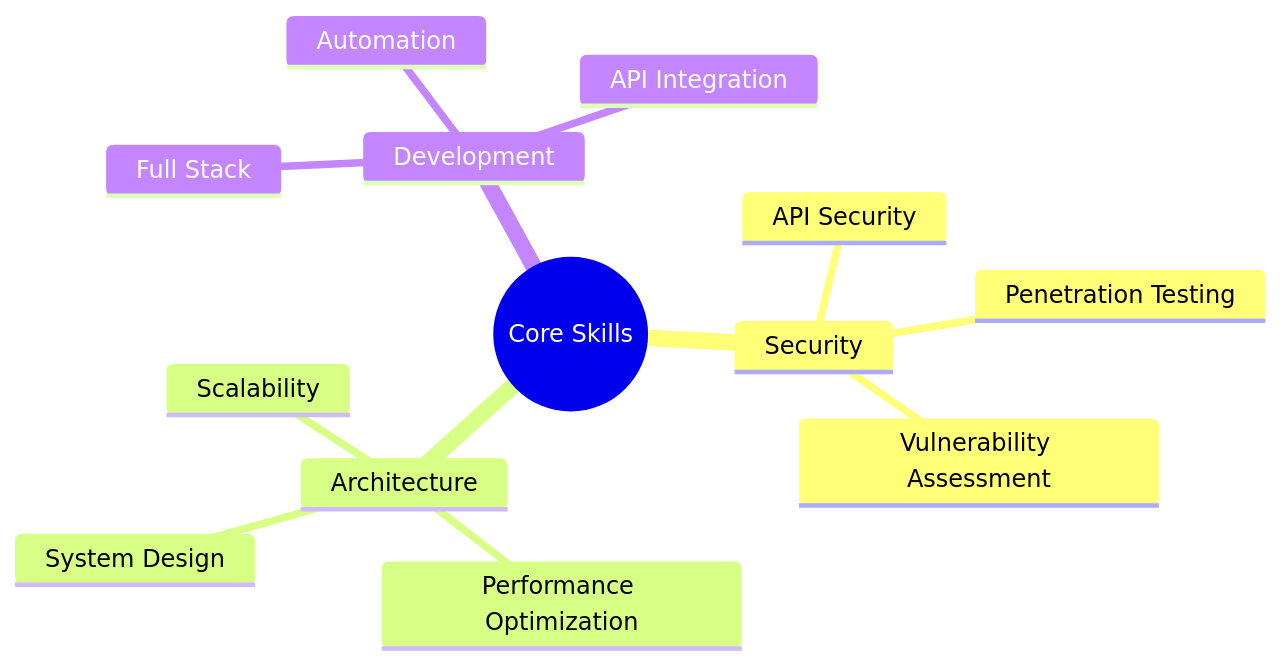
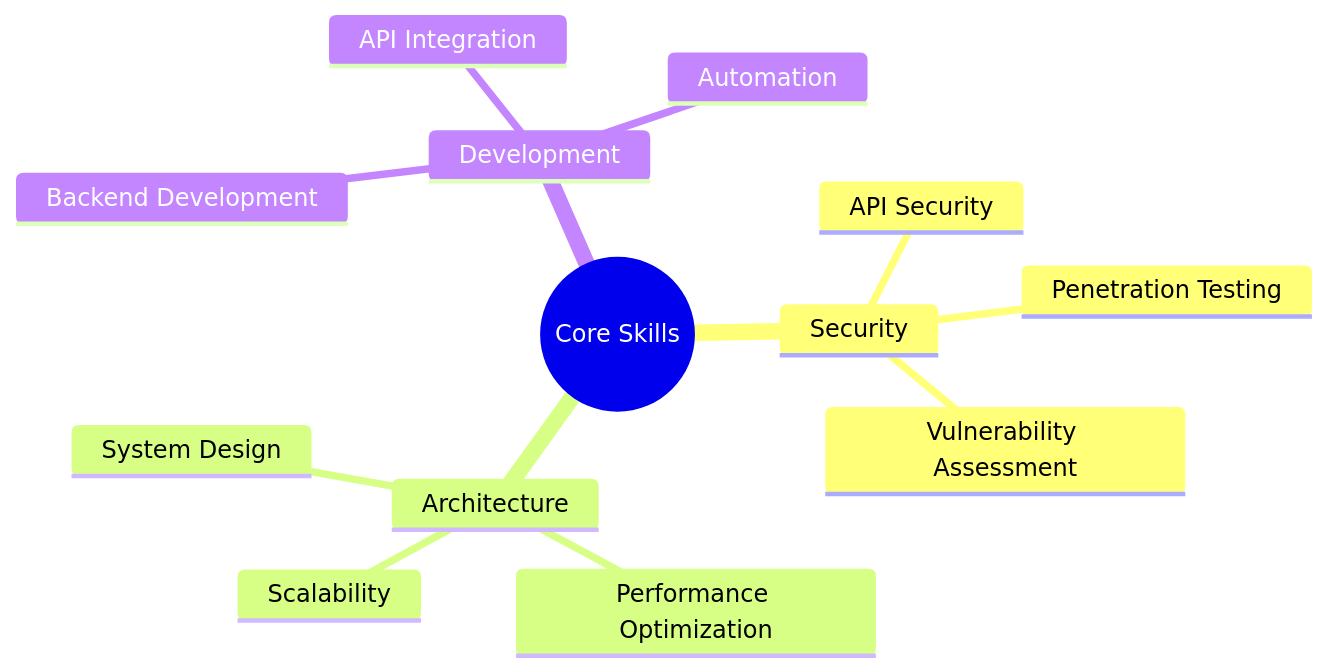
One commit to vibheksoni/vibheksoni changed the diagram in README.md. Above: the diagram before and after it, drawn with Mermaid. The commit also changed other lines of this file, not shown here.

````diff
--- a/README.md
+++ b/README.md
@@ -53,16 +57,16 @@
 ```mermaid
 mindmap
   root((Core Skills))
     Security
       API Security
       Penetration Testing
       Vulnerability Assessment
     Architecture
       System Design
       Performance Optimization
       Scalability
     Development
-      Full Stack
+      Backend Development
       API Integration
       Automation
 ```
````
